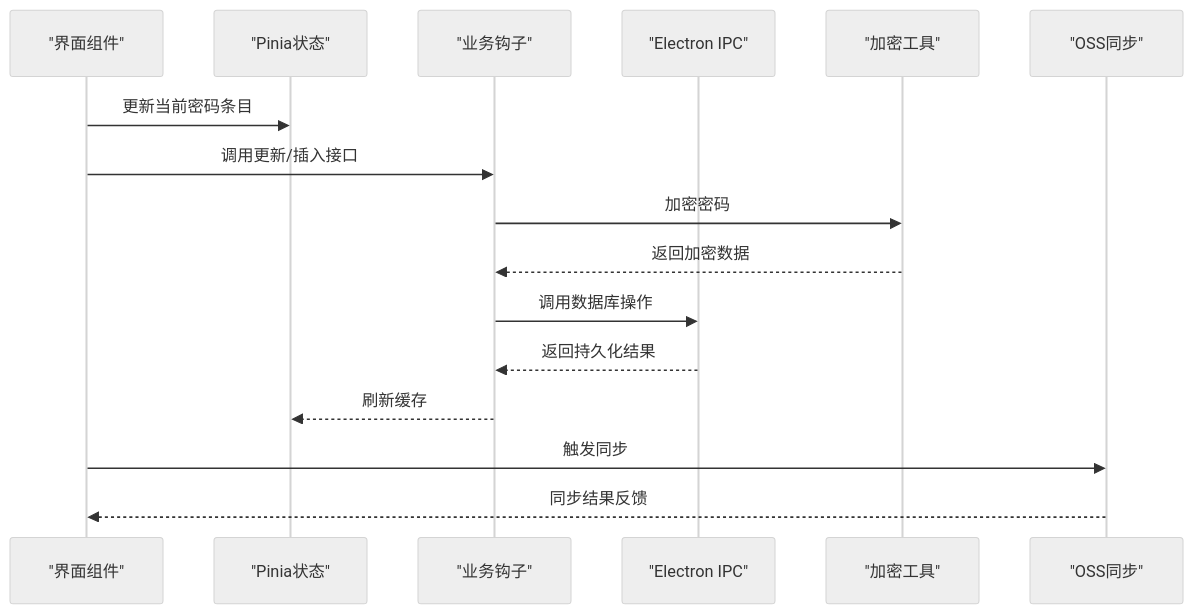
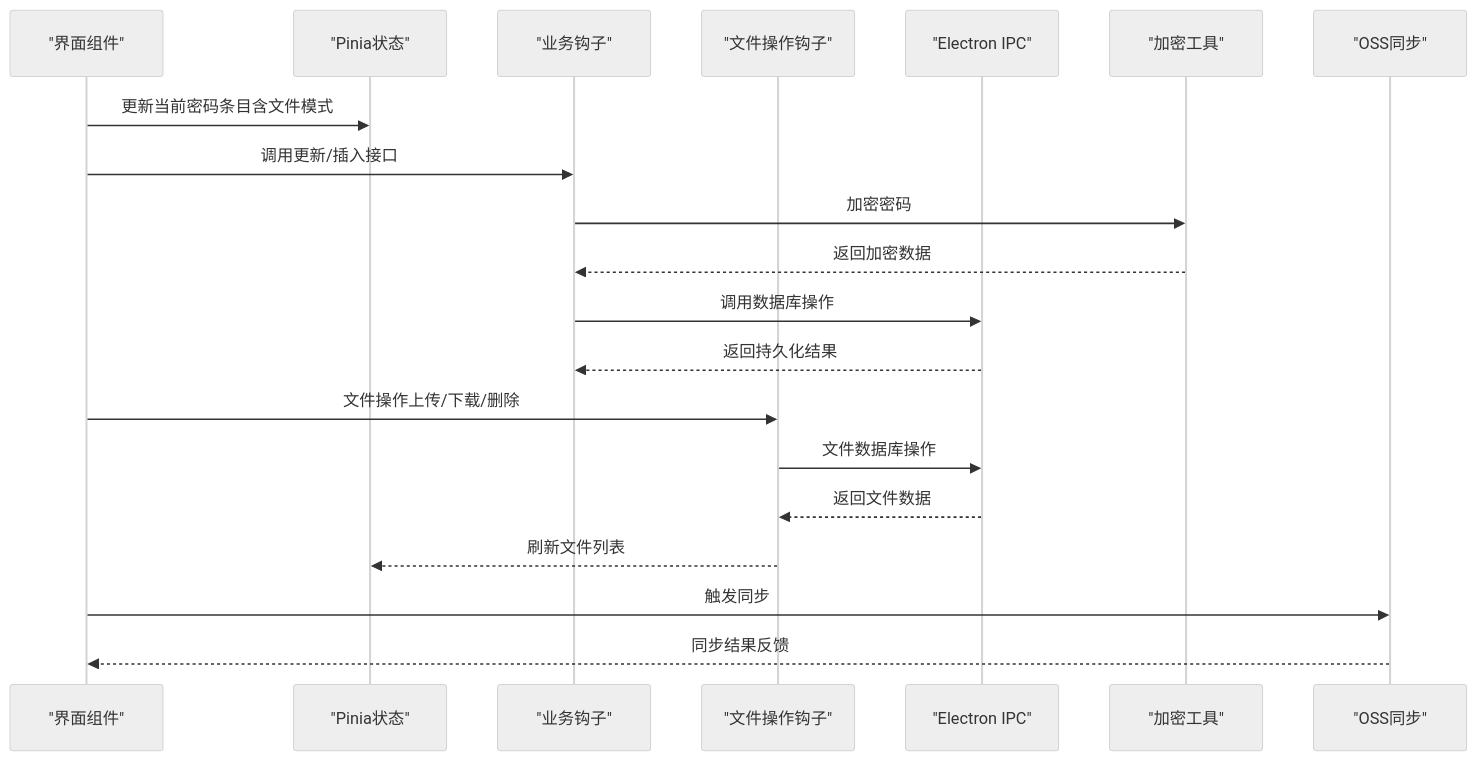
One commit to scgithub3220216/password-manager changed the second of 8 diagrams in .qoder/repowiki/zh/content/前端组件系统/密码管理组件.md. Above: the diagram before and after it, drawn with Mermaid (neutral theme). The commit also changed other lines of this file and 17 other files, not shown here.

````diff
--- a/.qoder/repowiki/zh/content/前端组件系统/密码管理组件.md
+++ b/.qoder/repowiki/zh/content/前端组件系统/密码管理组件.md
@@ -129,18 +157,22 @@
 ```mermaid
 sequenceDiagram
 participant UI as "界面组件"
 participant Store as "Pinia状态"
 participant Hook as "业务钩子"
+participant FileHook as "文件操作钩子"
 participant IPC as "Electron IPC"
 participant Crypto as "加密工具"
 participant OSS as "OSS同步"
-UI->>Store : 更新当前密码条目
+UI->>Store : 更新当前密码条目含文件模式
 UI->>Hook : 调用更新/插入接口
 Hook->>Crypto : 加密密码
 Crypto-->>Hook : 返回加密数据
 Hook->>IPC : 调用数据库操作
 IPC-->>Hook : 返回持久化结果
-Hook-->>Store : 刷新缓存
+UI->>FileHook : 文件操作上传/下载/删除
+FileHook->>IPC : 文件数据库操作
+IPC-->>FileHook : 返回文件数据
+FileHook-->>Store : 刷新文件列表
 UI->>OSS : 触发同步
 OSS-->>UI : 同步结果反馈
 ```
````
